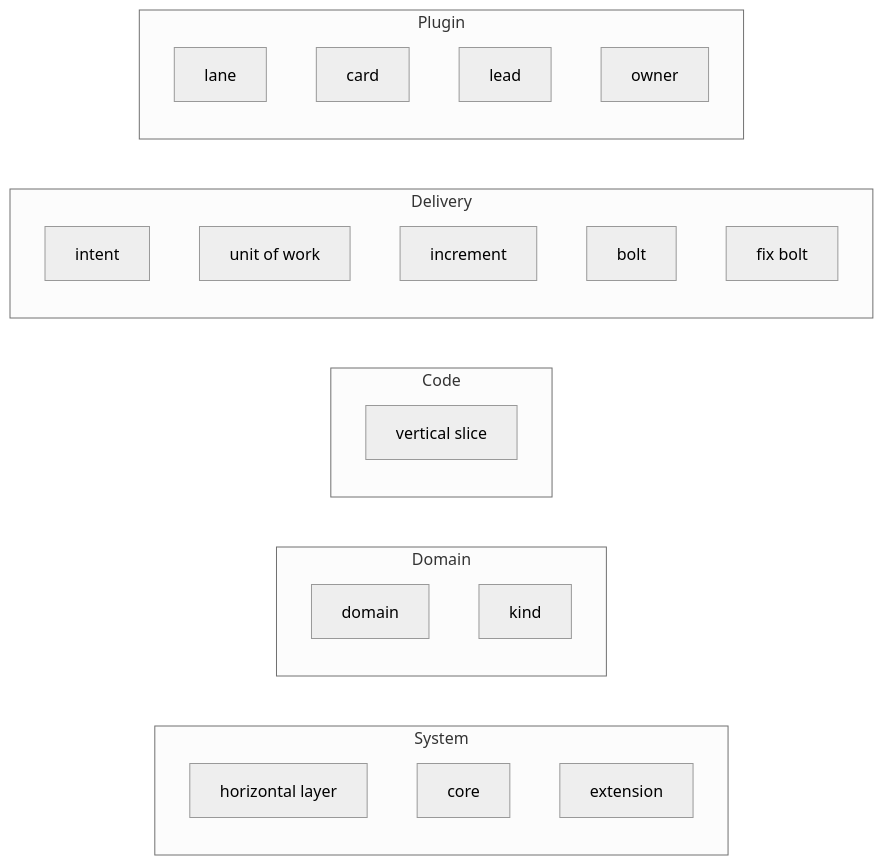
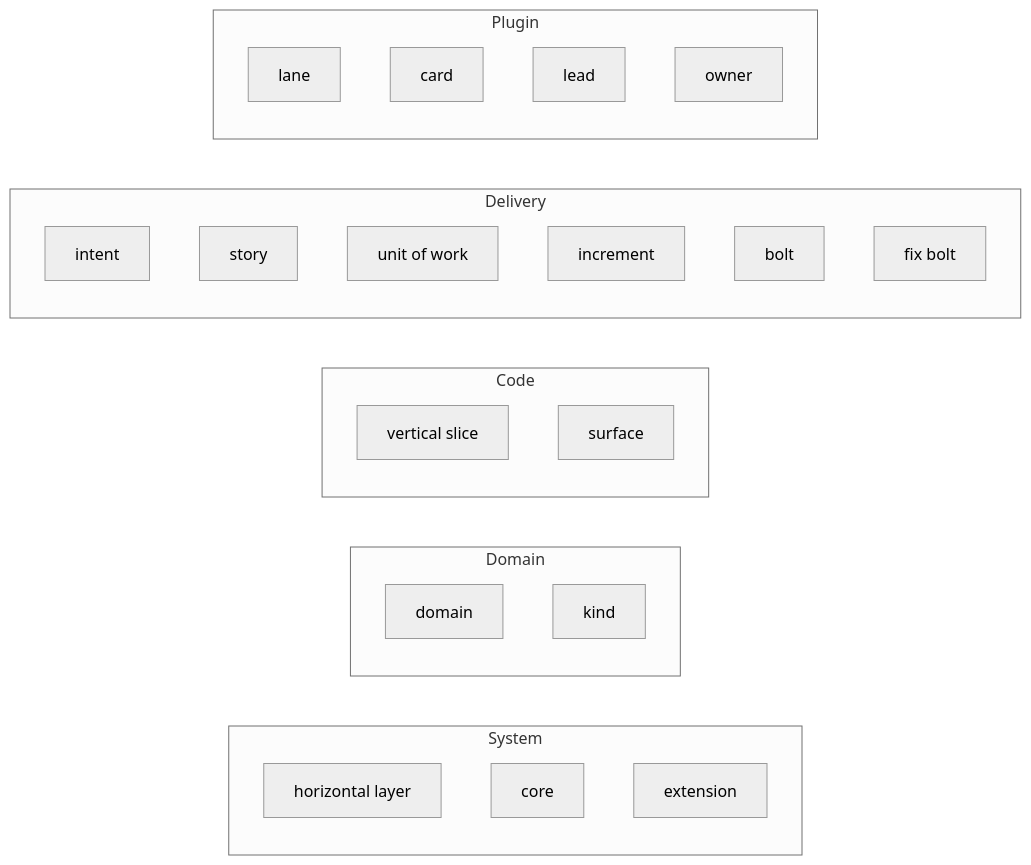
The diagram in docs/design/diagrams/canonical-model.md (Scrollout/aidlc-team-plugin), drawn with Mermaid (neutral theme) before and after one commit. The commit also changed 12 other files, not shown here.

````diff
--- a/docs/design/diagrams/canonical-model.md
+++ b/docs/design/diagrams/canonical-model.md
@@ -9,28 +9,30 @@
 ```mermaid
 flowchart LR
   subgraph System["System"]
     System_horizontal_layer["horizontal layer"]
     System_core["core"]
     System_extension["extension"]
   end
   subgraph Domain["Domain"]
     Domain_domain["domain"]
     Domain_kind["kind"]
   end
   subgraph Code["Code"]
     Code_vertical_slice["vertical slice"]
+    Code_surface["surface"]
   end
   subgraph Delivery["Delivery"]
     Delivery_intent["intent"]
+    Delivery_story["story"]
     Delivery_unit_of_work["unit of work"]
     Delivery_increment["increment"]
     Delivery_bolt["bolt"]
     Delivery_fix_bolt["fix bolt"]
   end
   subgraph Plugin["Plugin"]
     Plugin_lane["lane"]
     Plugin_card["card"]
     Plugin_lead["lead"]
     Plugin_owner["owner"]
   end
 ```
````
